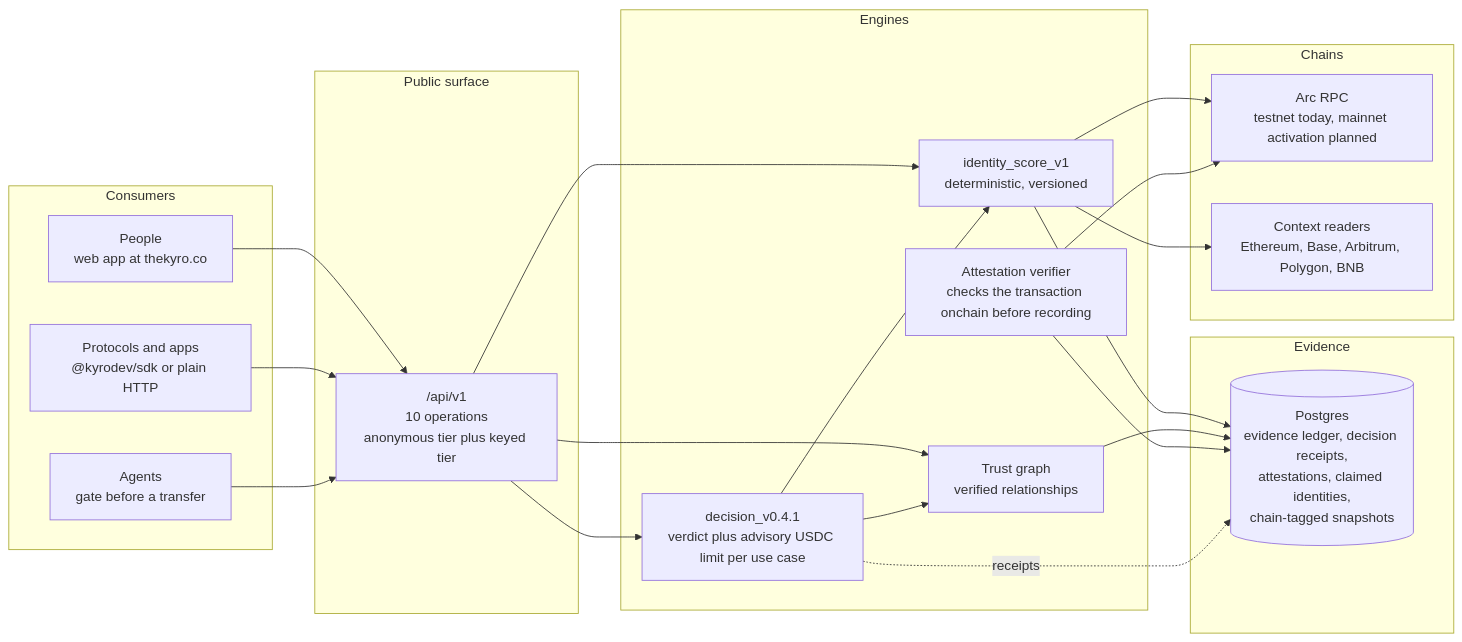
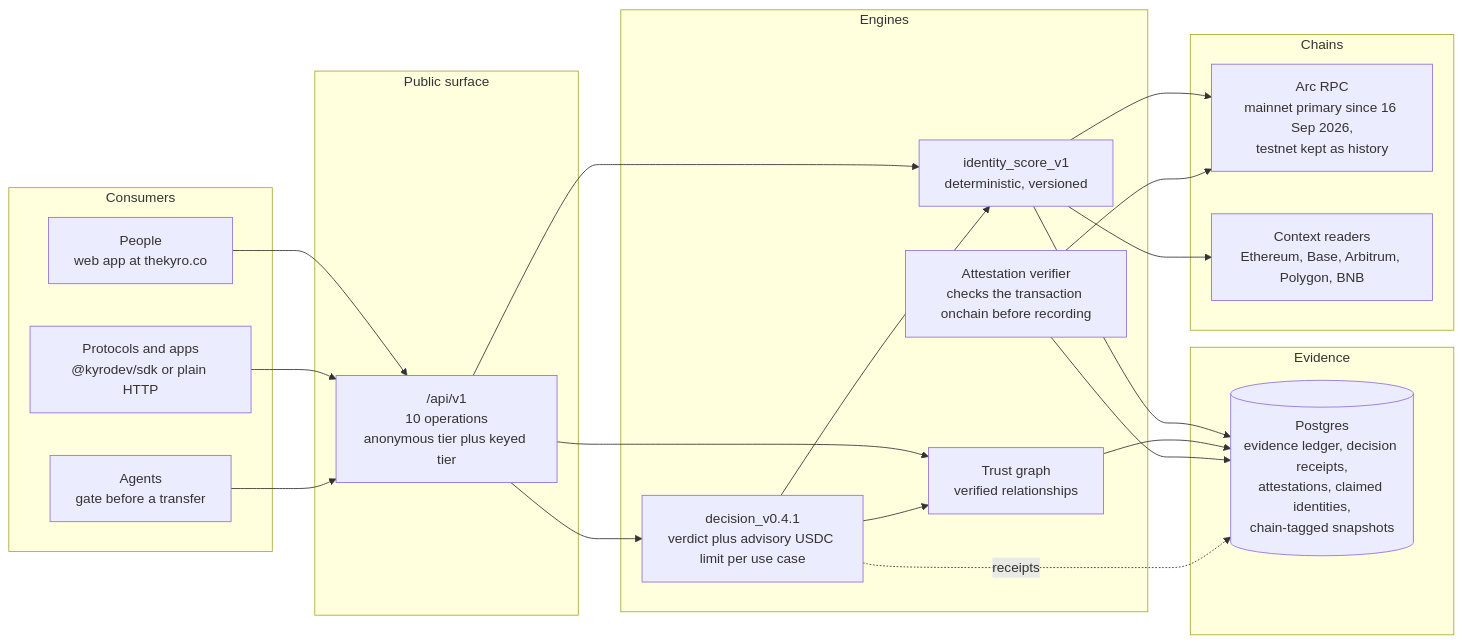
One commit to vaibhav0xq/kyro-devkit changed the diagram in docs/ARCHITECTURE.md. Above: the diagram before and after it, drawn with Mermaid. The commit also changed other lines of this file and 2 other files, not shown here.

First line of the commit message:
docs: Kyro on Arc mainnet since 16 September 2026

````diff
--- a/docs/ARCHITECTURE.md
+++ b/docs/ARCHITECTURE.md
@@ -17,44 +17,44 @@
 ```mermaid
 flowchart LR
   subgraph consumers [Consumers]
     people[People<br/>web app at thekyro.co]
     protocols[Protocols and apps<br/>@kyrodev/sdk or plain HTTP]
     agents[Agents<br/>gate before a transfer]
   end
 
   subgraph surface [Public surface]
     api["/api/v1<br/>10 operations<br/>anonymous tier plus keyed tier"]
   end
 
   subgraph engines [Engines]
     score["identity_score_v1<br/>deterministic, versioned"]
     decision["decision_v0.4.1<br/>verdict plus advisory USDC limit per use case"]
     trust[Trust graph<br/>verified relationships]
     attest[Attestation verifier<br/>checks the transaction onchain before recording]
   end
 
   subgraph evidence [Evidence]
     db[(Postgres<br/>evidence ledger, decision receipts,<br/>attestations, claimed identities,<br/>chain-tagged snapshots)]
   end
 
   subgraph chains [Chains]
-    arc[Arc RPC<br/>testnet today, mainnet activation planned]
+    arc[Arc RPC<br/>mainnet primary since 16 Sep 2026,<br/>testnet kept as history]
     ctx[Context readers<br/>Ethereum, Base, Arbitrum, Polygon, BNB]
   end
 
   people --> api
   protocols --> api
   agents --> api
   api --> decision
   api --> score
   api --> trust
   decision --> score
   decision --> trust
   score --> db
   trust --> db
   attest --> db
   decision -. receipts .-> db
   score --> arc
   score --> ctx
   attest --> arc
 ```
````
